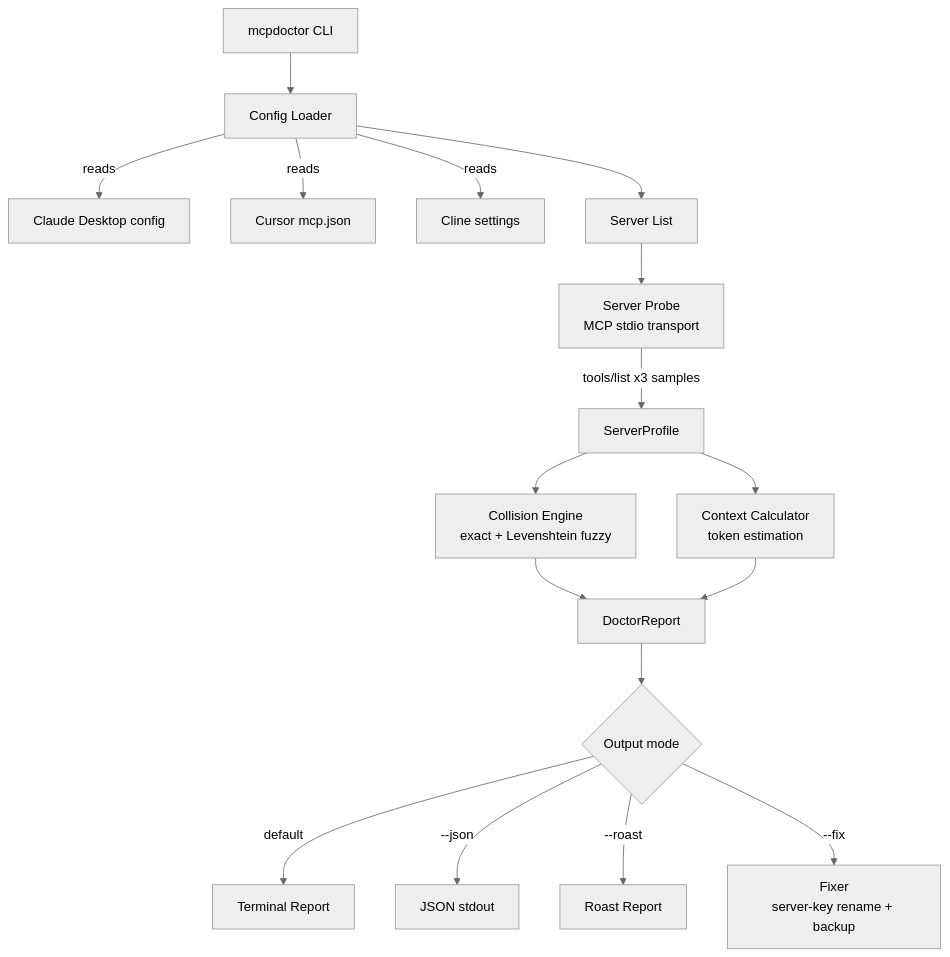
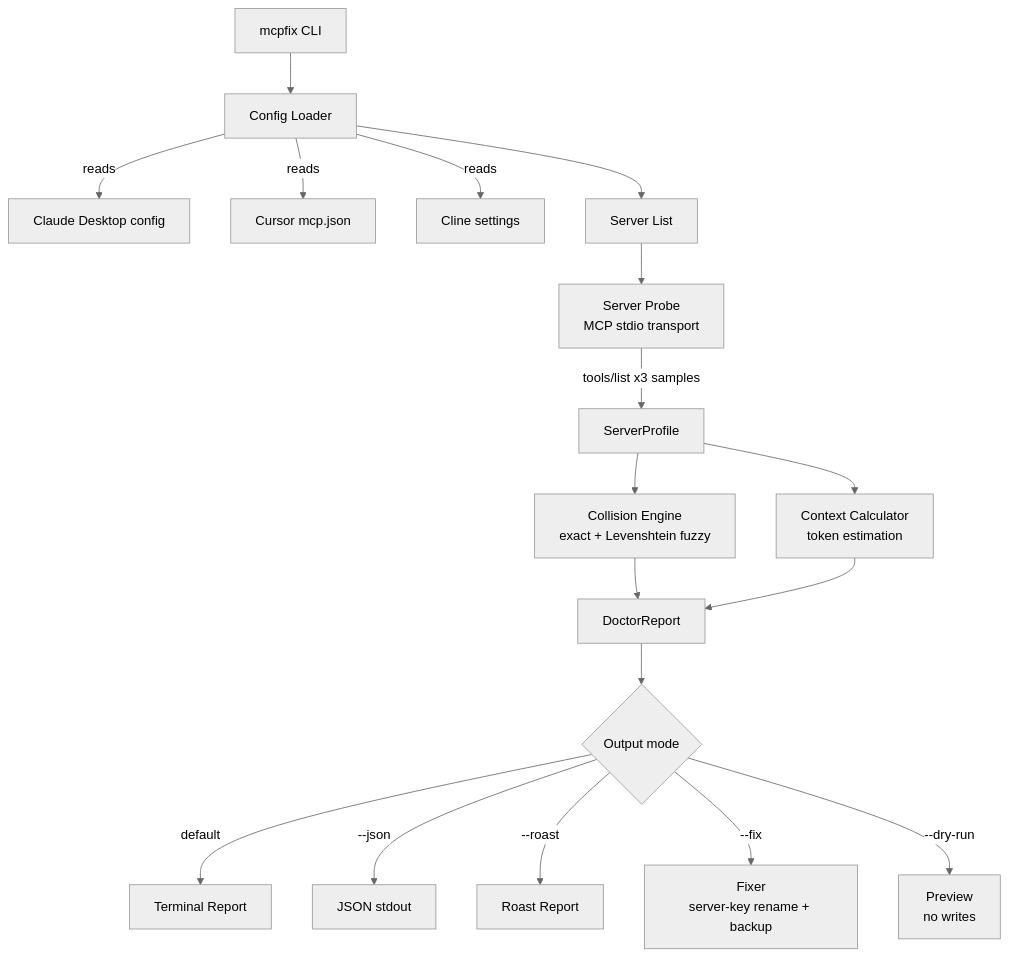
One commit to pratikacharya1234/mcpdoctor changed the diagram in README.md. Above: the diagram before and after it, drawn with Mermaid (neutral theme). The commit also changed other lines of this file and 11 other files, not shown here.

````diff
--- a/README.md
+++ b/README.md
@@ -17,19 +17,20 @@
 ```mermaid
 flowchart TD
-    A[mcpdoctor CLI] --> B[Config Loader]
+    A[mcpfix CLI] --> B[Config Loader]
     B -->|reads| C1[Claude Desktop config]
     B -->|reads| C2[Cursor mcp.json]
     B -->|reads| C3[Cline settings]
     B --> D[Server List]
     D --> E[Server Probe<br/>MCP stdio transport]
     E -->|tools/list x3 samples| F[ServerProfile]
     F --> G[Collision Engine<br/>exact + Levenshtein fuzzy]
     F --> H[Context Calculator<br/>token estimation]
     G --> I[DoctorReport]
     H --> I
     I --> J{Output mode}
     J -->|default| K[Terminal Report]
     J -->|--json| L[JSON stdout]
     J -->|--roast| M[Roast Report]
     J -->|--fix| N[Fixer<br/>server-key rename + backup]
+    J -->|--dry-run| O[Preview<br/>no writes]
 ```
````
